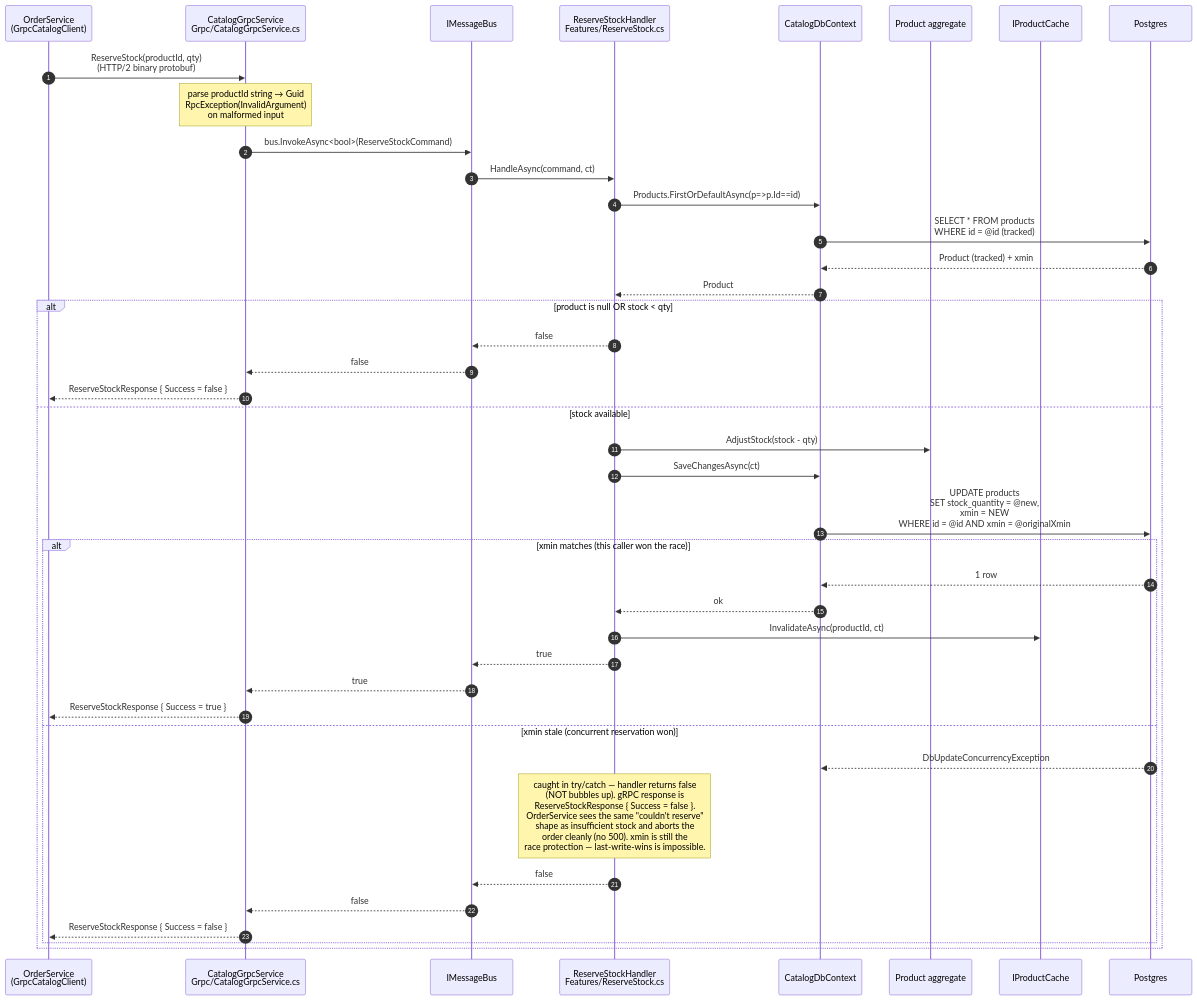
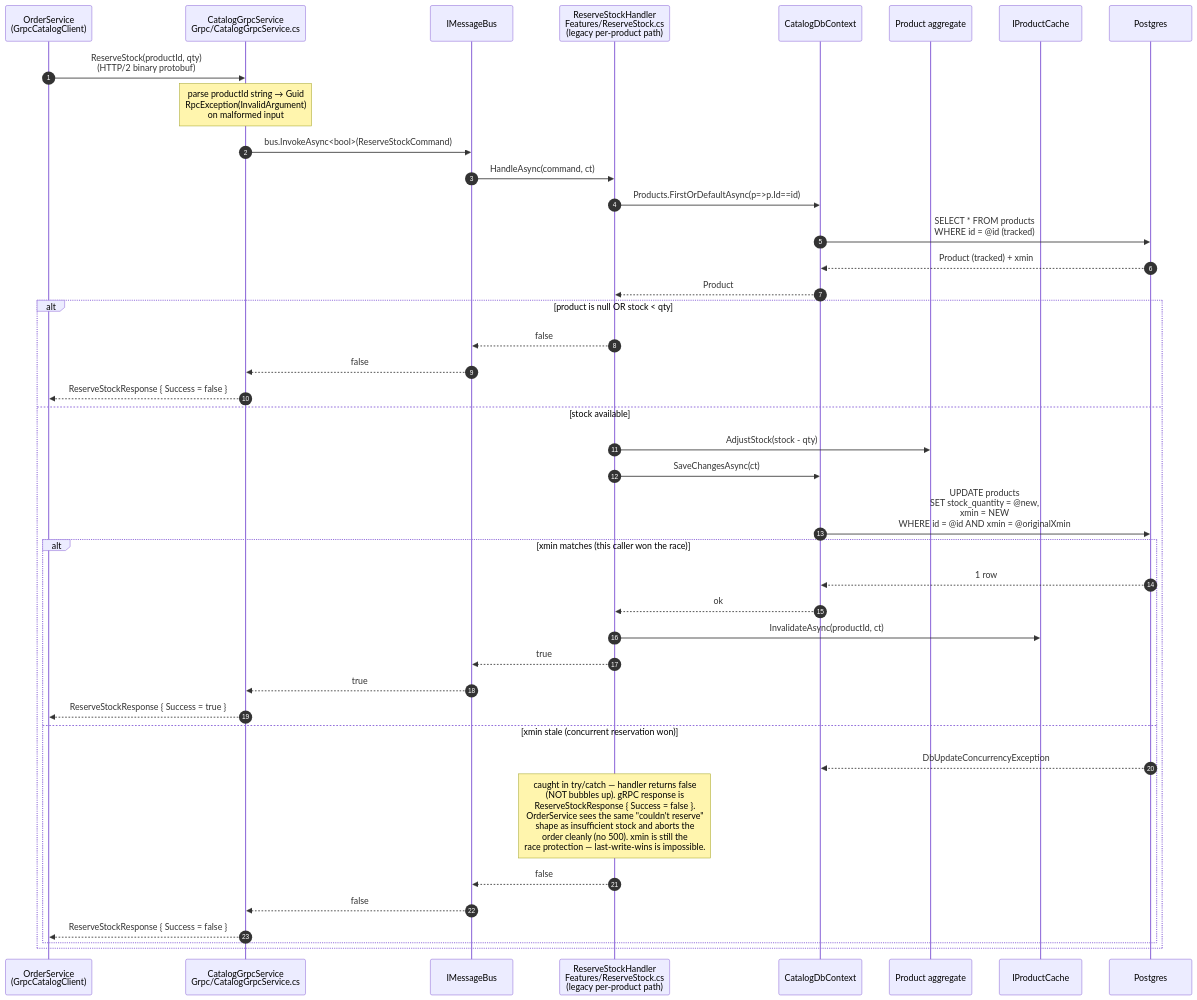
The third of 4 diagrams in docs/code-flows/catalogservice.md (emeraldleaf/NextAurora), drawn with Mermaid before and after one commit. The commit also changed other lines of this file and 14 other files, not shown here.

````diff
--- a/docs/code-flows/catalogservice.md
+++ b/docs/code-flows/catalogservice.md
@@ -136,46 +136,46 @@
 ```mermaid
 sequenceDiagram
     autonumber
     participant Order as OrderService<br/>(GrpcCatalogClient)
     participant gRPC as CatalogGrpcService<br/>Grpc/CatalogGrpcService.cs
     participant Bus as IMessageBus
-    participant H as ReserveStockHandler<br/>Features/ReserveStock.cs
+    participant H as ReserveStockHandler<br/>Features/ReserveStock.cs<br/>(legacy per-product path)
     participant Ctx as CatalogDbContext
     participant Agg as Product aggregate
     participant Cache as IProductCache
     participant DB as Postgres
 
     Order->>gRPC: ReserveStock(productId, qty)<br/>(HTTP/2 binary protobuf)
     Note over gRPC: parse productId string → Guid<br/>RpcException(InvalidArgument)<br/>on malformed input
     gRPC->>Bus: bus.InvokeAsync<bool>(ReserveStockCommand)
     Bus->>H: HandleAsync(command, ct)
 
     H->>Ctx: Products.FirstOrDefaultAsync(p=>p.Id==id)
     Ctx->>DB: SELECT * FROM products<br/>WHERE id = @id (tracked)
     DB-->>Ctx: Product (tracked) + xmin
     Ctx-->>H: Product
 
     alt product is null OR stock < qty
         H-->>Bus: false
         Bus-->>gRPC: false
         gRPC-->>Order: ReserveStockResponse { Success = false }
     else stock available
         H->>Agg: AdjustStock(stock - qty)
         H->>Ctx: SaveChangesAsync(ct)
         Ctx->>DB: UPDATE products<br/>SET stock_quantity = @new,<br/>xmin = NEW<br/>WHERE id = @id AND xmin = @originalXmin
         alt xmin matches (this caller won the race)
             DB-->>Ctx: 1 row
             Ctx-->>H: ok
             H->>Cache: InvalidateAsync(productId, ct)
             H-->>Bus: true
             Bus-->>gRPC: true
             gRPC-->>Order: ReserveStockResponse { Success = true }
         else xmin stale (concurrent reservation won)
             DB-->>Ctx: DbUpdateConcurrencyException
             Note over H: caught in try/catch — handler returns false<br/>(NOT bubbles up). gRPC response is<br/>ReserveStockResponse { Success = false }.<br/>OrderService sees the same "couldn't reserve"<br/>shape as insufficient stock and aborts the<br/>order cleanly (no 500). xmin is still the<br/>race protection — last-write-wins is impossible.
             H-->>Bus: false
             Bus-->>gRPC: false
             gRPC-->>Order: ReserveStockResponse { Success = false }
         end
     end
 ```
````
